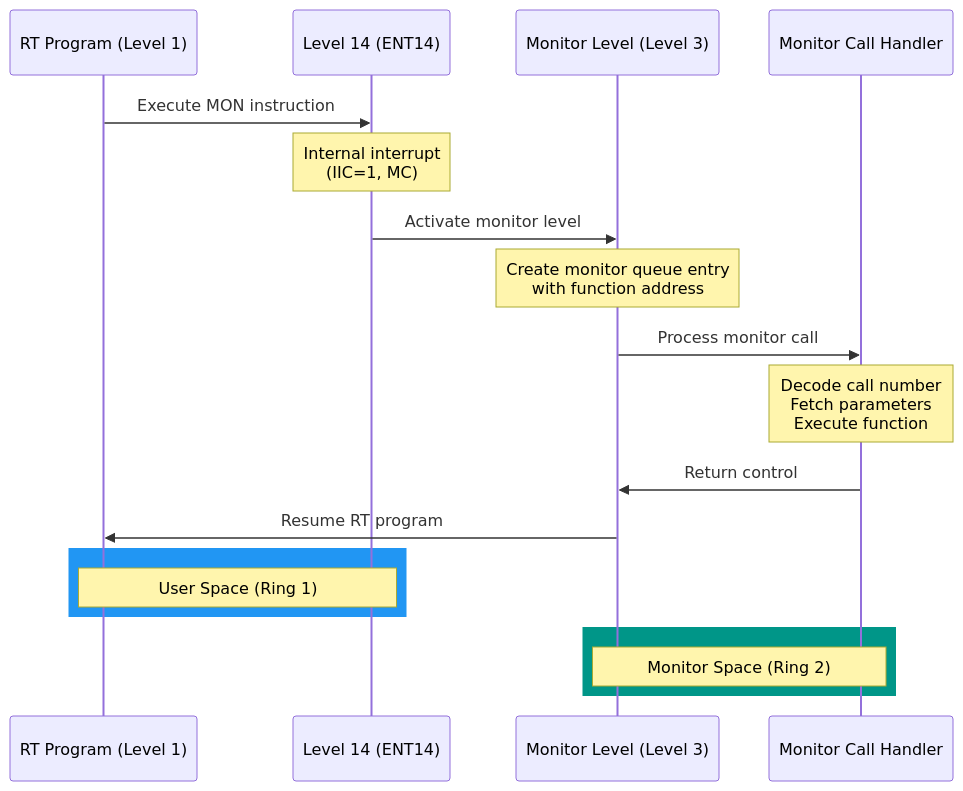
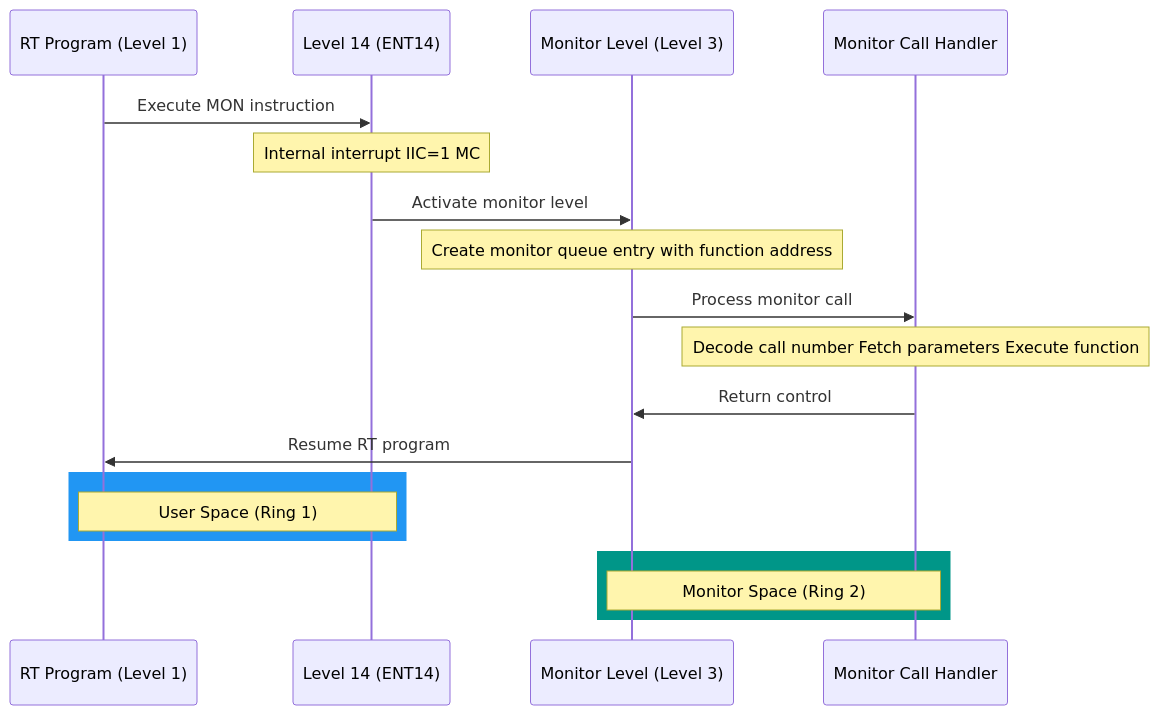
One commit to HackerCorpLabs/NDInsight changed the fourth of 8 diagrams in SINTRAN/OS/00-SINTRAN-ARCHITECTURE-OVERVIEW.md. Above: the diagram before and after it, drawn with Mermaid. The commit also changed other lines of this file and 19 other files, not shown here.

Commit message:
Updated Mermaid diagrams

````diff
--- a/SINTRAN/OS/00-SINTRAN-ARCHITECTURE-OVERVIEW.md
+++ b/SINTRAN/OS/00-SINTRAN-ARCHITECTURE-OVERVIEW.md
@@ -270,23 +270,23 @@
 ```mermaid
 sequenceDiagram
     participant User as RT Program (Level 1)
     participant L14 as Level 14 (ENT14)
     participant Mon as Monitor Level (Level 3)
     participant Handler as Monitor Call Handler
     
     User->>L14: Execute MON instruction
-    Note over L14: Internal interrupt<br/>(IIC=1, MC)
+    Note over L14: Internal interrupt IIC=1 MC
     L14->>Mon: Activate monitor level
-    Note over Mon: Create monitor queue entry<br/>with function address
+    Note over Mon: Create monitor queue entry with function address
     Mon->>Handler: Process monitor call
-    Note over Handler: Decode call number<br/>Fetch parameters<br/>Execute function
+    Note over Handler: Decode call number Fetch parameters Execute function
     Handler->>Mon: Return control
     Mon->>User: Resume RT program
     
     rect rgb(33,150,243)
     Note over User,L14: User Space (Ring 1)
     end
     rect rgb(0,150,136)
     Note over Mon,Handler: Monitor Space (Ring 2)
     end
 ```
````
